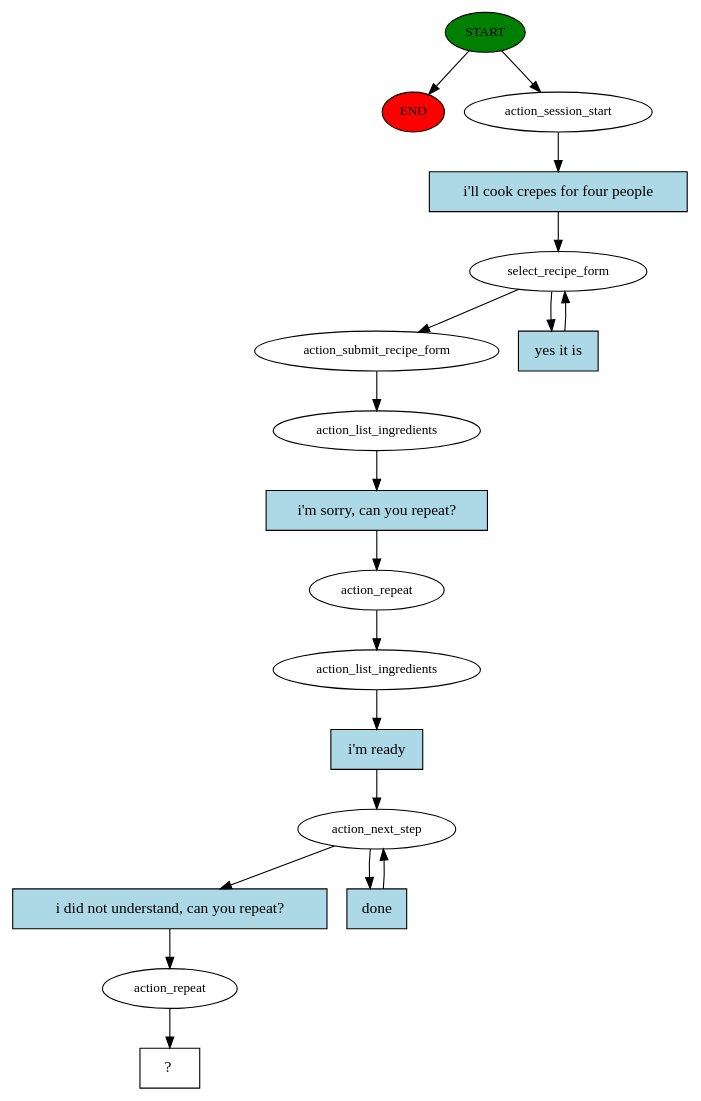
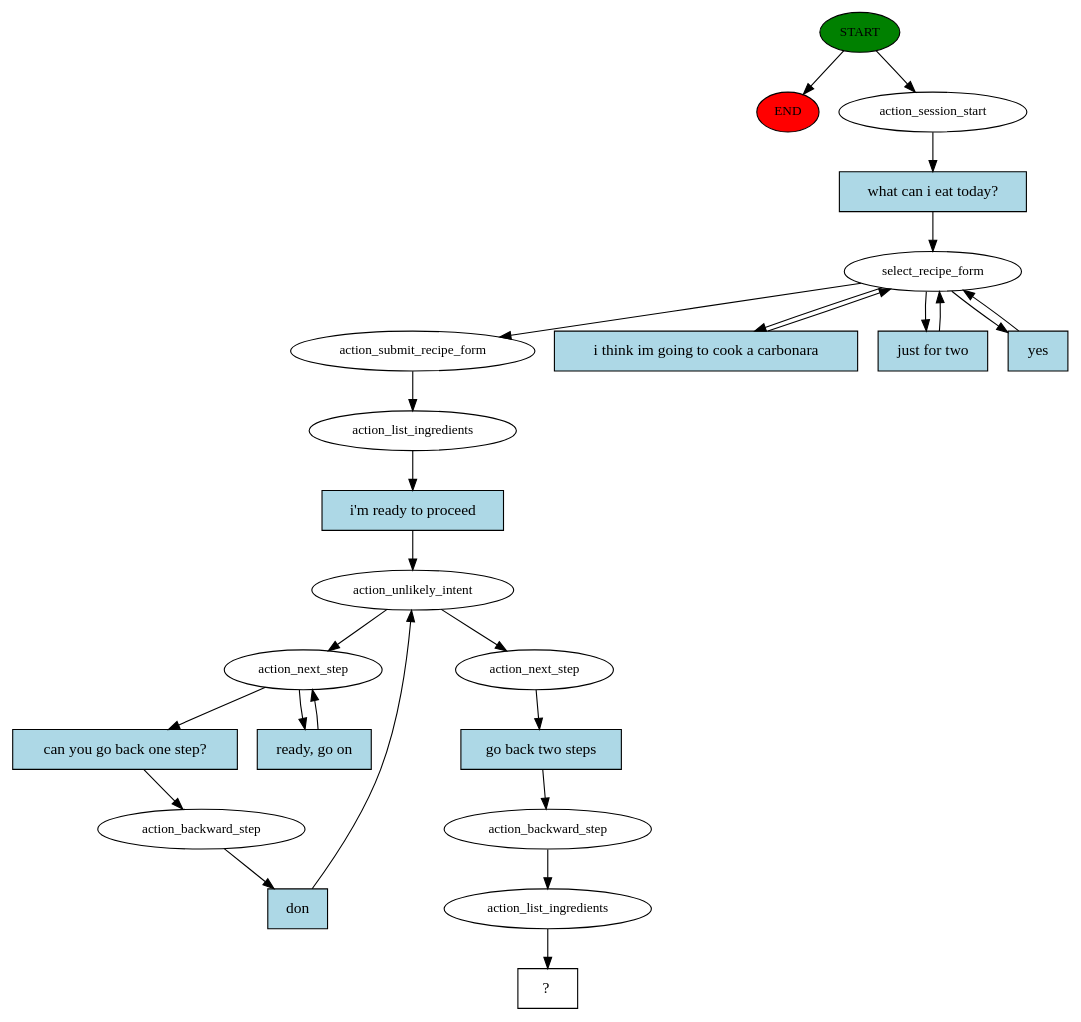
The diagram in story_graph.dot (anrigo/cooking-assistant-hmd), drawn with Graphviz before and after one commit. The commit also changed 5 other files, not shown here.

Commit message:
Backward step switched to stories

```diff
--- a/story_graph.dot
+++ b/story_graph.dot
@@ -1,37 +1,50 @@
 digraph  {
 0 [class="start active", fillcolor=green, fontsize=12, label=START, style=filled];
 "-1" [class=end, fillcolor=red, fontsize=12, label=END, style=filled];
 1 [class=active, fontsize=12, label=action_session_start];
 2 [class=active, fontsize=12, label=select_recipe_form];
-4 [class=active, fontsize=12, label=action_submit_recipe_form];
-5 [class=active, fontsize=12, label=action_list_ingredients];
-6 [class=active, fontsize=12, label=action_repeat];
+6 [class=active, fontsize=12, label=action_submit_recipe_form];
 7 [class=active, fontsize=12, label=action_list_ingredients];
-8 [class=active, fontsize=12, label=action_next_step];
-10 [class=active, fontsize=12, label=action_repeat];
-11 [class="intent dashed active", label="  ?  ", shape=rect];
-12 [class="intent active", fillcolor=lightblue, label="i'll cook crepes for four people", shape=rect, style=filled];
-13 [class="intent active", fillcolor=lightblue, label="yes it is", shape=rect, style=filled];
-14 [class="intent active", fillcolor=lightblue, label="i'm sorry, can you repeat?", shape=rect, style=filled];
-15 [class="intent active", fillcolor=lightblue, label="i'm ready", shape=rect, style=filled];
-16 [class="intent active", fillcolor=lightblue, label="i did not understand, can you repeat?", shape=rect, style=filled];
-17 [class="intent active", fillcolor=lightblue, label=done, shape=rect, style=filled];
+8 [class=active, fontsize=12, label=action_unlikely_intent];
+9 [class=active, fontsize=12, label=action_next_step];
+11 [class=active, fontsize=12, label=action_backward_step];
+13 [class=active, fontsize=12, label=action_next_step];
+14 [class=active, fontsize=12, label=action_backward_step];
+15 [class=active, fontsize=12, label=action_list_ingredients];
+16 [class="intent dashed active", label="  ?  ", shape=rect];
+17 [class="intent active", fillcolor=lightblue, label="what can i eat today?", shape=rect, style=filled];
+18 [class="intent active", fillcolor=lightblue, label="i think im going to cook a carbonara", shape=rect, style=filled];
+19 [class="intent active", fillcolor=lightblue, label="just for two", shape=rect, style=filled];
+20 [class="intent active", fillcolor=lightblue, label=yes, shape=rect, style=filled];
+21 [class="intent active", fillcolor=lightblue, label="i'm ready to proceed", shape=rect, style=filled];
+22 [class="intent active", fillcolor=lightblue, label="can you go back one step?", shape=rect, style=filled];
+23 [class="intent active", fillcolor=lightblue, label="ready, go on", shape=rect, style=filled];
+24 [class="intent active", fillcolor=lightblue, label=don, shape=rect, style=filled];
+25 [class="intent active", fillcolor=lightblue, label="go back two steps", shape=rect, style=filled];
 0 -> "-1"  [class="", key=NONE, label=""];
 0 -> 1  [class=active, key=NONE, label=""];
-1 -> 12  [class=active, key=0];
-2 -> 4  [class=active, key=NONE, label=""];
-2 -> 13  [class=active, key=0];
-4 -> 5  [class=active, key=NONE, label=""];
-5 -> 14  [class=active, key=0];
+1 -> 17  [class=active, key=0];
+2 -> 6  [class=active, key=NONE, label=""];
+2 -> 18  [class=active, key=0];
+2 -> 19  [class=active, key=0];
+2 -> 20  [class=active, key=0];
 6 -> 7  [class=active, key=NONE, label=""];
-7 -> 15  [class=active, key=0];
-8 -> 16  [class=active, key=0];
-8 -> 17  [class=active, key=0];
-10 -> 11  [class=active, key=NONE, label=""];
-12 -> 2  [class=active, key=0];
-13 -> 2  [class=active, key=0];
-14 -> 6  [class=active, key=0];
-15 -> 8  [class=active, key=0];
-16 -> 10  [class=active, key=0];
-17 -> 8  [class=active, key=0];
+7 -> 21  [class=active, key=0];
+8 -> 9  [class=active, key=NONE, label=""];
+8 -> 13  [class=active, key=NONE, label=""];
+9 -> 22  [class=active, key=0];
+9 -> 23  [class=active, key=0];
+11 -> 24  [class=active, key=0];
+13 -> 25  [class=active, key=0];
+14 -> 15  [class=active, key=NONE, label=""];
+15 -> 16  [class=active, key=NONE, label=""];
+17 -> 2  [class=active, key=0];
+18 -> 2  [class=active, key=0];
+19 -> 2  [class=active, key=0];
+20 -> 2  [class=active, key=0];
+21 -> 8  [class=active, key=0];
+22 -> 11  [class=active, key=0];
+23 -> 9  [class=active, key=0];
+24 -> 8  [class=active, key=0];
+25 -> 14  [class=active, key=0];
 }
```
